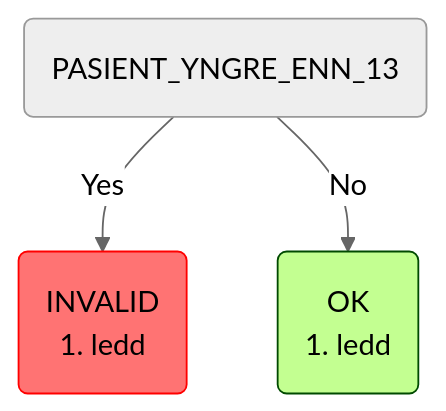
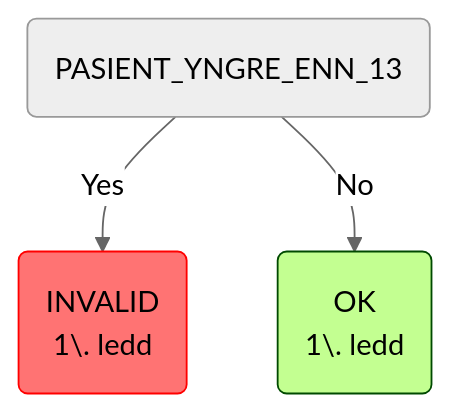
Before and after one commit to navikt/syfosmregler: the seventh of 9 diagrams in README.md, drawn with Mermaid (neutral theme). The commit also changed other lines of this file and 1 other file, not shown here.

Commit message:
Fix/mermaid (#324)

````diff
--- a/README.md
+++ b/README.md
@@ -271,10 +250,10 @@
 ```mermaid
 graph TD
     root(PASIENT_YNGRE_ENN_13) -->|Yes| root_PASIENT_YNGRE_ENN_13_INVALID(INVALID
-1. ledd):::invalid
+1\. ledd):::invalid
     root(PASIENT_YNGRE_ENN_13) -->|No| root_PASIENT_YNGRE_ENN_13_OK(OK
-1. ledd):::ok
+1\. ledd):::ok
     classDef ok fill:#c3ff91,stroke:#004a00,color: black;
     classDef invalid fill:#ff7373,stroke:#ff0000,color: black;
     classDef manuell fill:#ffe24f,stroke:#ffd500,color: #473c00;
 ```
````
